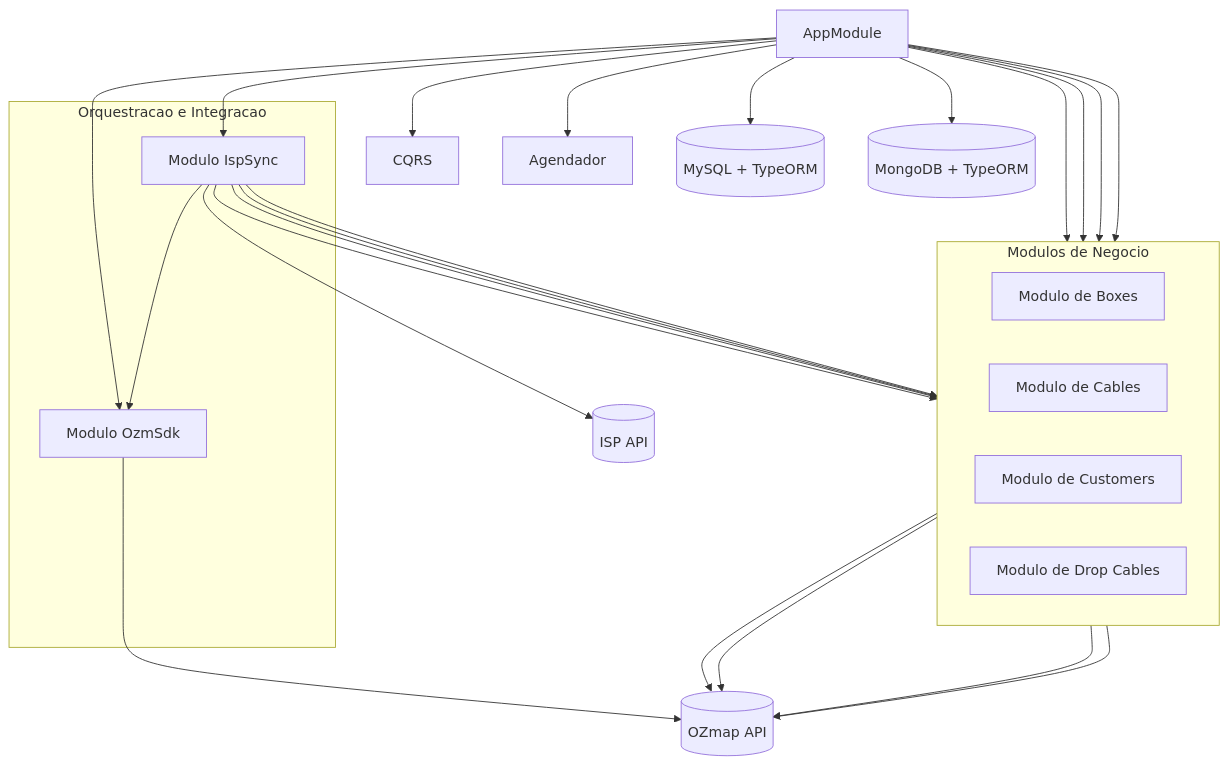
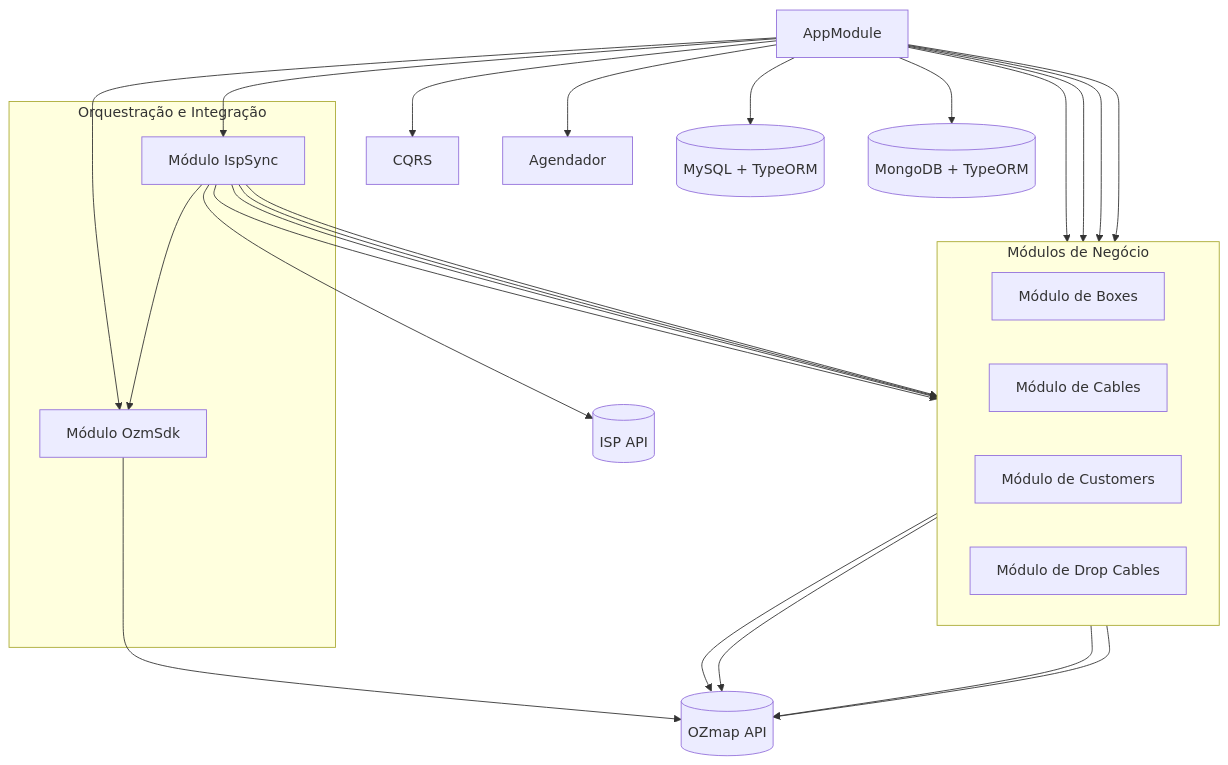
The second of 2 diagrams in ARCHITECTURE.md (mathfelicio/ozmap-mf), drawn with Mermaid before and after one commit. The commit also changed other lines of this file and 1 other file, not shown here.

````diff
--- a/ARCHITECTURE.md
+++ b/ARCHITECTURE.md
@@ -26,47 +26,47 @@
 ```mermaid
 graph TD
-    subgraph ModulosDeNegocio [Modulos de Negocio]
+    subgraph ModulosDeNegocio [Módulos de Negócio]
         direction LR
-        Boxes[Modulo de Boxes]
-        Cables[Modulo de Cables]
-        Customers[Modulo de Customers]
-        DropCables[Modulo de Drop Cables]
+        Boxes[Módulo de Boxes]
+        Cables[Módulo de Cables]
+        Customers[Módulo de Customers]
+        DropCables[Módulo de Drop Cables]
     end
 
-    subgraph Orquestracao [Orquestracao e Integracao]
-        IspSync[Modulo IspSync]
-        OzmSdk[Modulo OzmSdk]
+    subgraph Orquestracao [Orquestração e Integração]
+        IspSync[Módulo IspSync]
+        OzmSdk[Módulo OzmSdk]
     end
 
     AppModule[AppModule]
     Cqrs[CQRS]
     Schedule[Agendador]
     Mysql[(MySQL + TypeORM)]
     Mongo[(MongoDB + TypeORM)]
     IspApi[(ISP API)]
     Ozmap[(OZmap API)]
 
     AppModule --> IspSync
     AppModule --> OzmSdk
     AppModule --> Boxes
     AppModule --> Cables
     AppModule --> Customers
     AppModule --> DropCables
     AppModule --> Cqrs
     AppModule --> Schedule
     AppModule --> Mysql
     AppModule --> Mongo
 
     IspSync --> IspApi
     IspSync --> Boxes
     IspSync --> Cables
     IspSync --> Customers
     IspSync --> DropCables
     IspSync --> OzmSdk
 
     OzmSdk --> Ozmap
     Boxes --> Ozmap
     Cables --> Ozmap
     Customers --> Ozmap
     DropCables --> Ozmap
 ```
````
